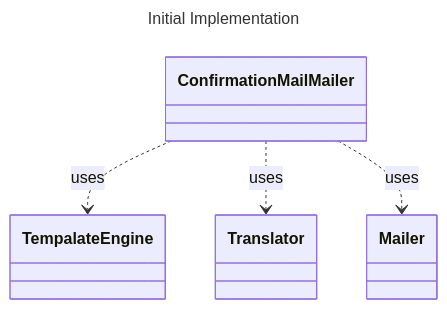
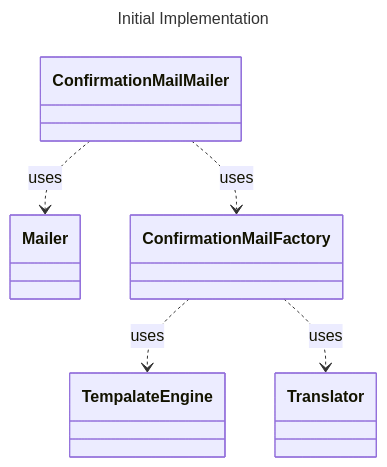
The diagram in chapters/c1-srp/README.md (cryarchy/package-design), drawn with Mermaid before and after one commit. The commit also changed other lines of this file, not shown here.

````diff
--- a/chapters/c1-srp/README.md
+++ b/chapters/c1-srp/README.md
@@ -3,9 +3,10 @@
 ```mermaid
 ---
 title: Initial Implementation
 ---
 classDiagram
-    ConfirmationMailMailer ..> TempalateEngine: uses
-    ConfirmationMailMailer ..> Translator: uses
     ConfirmationMailMailer ..> Mailer: uses
+    ConfirmationMailFactory ..> TempalateEngine: uses
+    ConfirmationMailFactory ..> Translator: uses
+    ConfirmationMailMailer ..> ConfirmationMailFactory: uses
 ```
````
